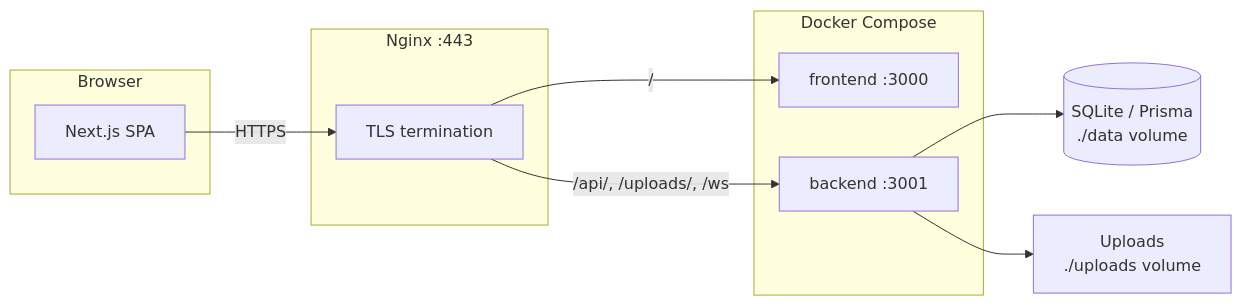
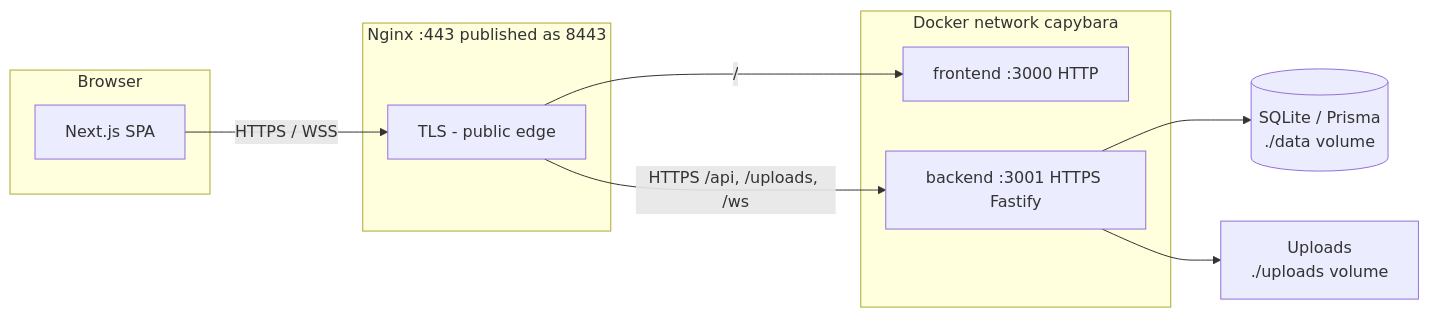
The diagram in README.md (qtayyy/42-ft_transcendence), drawn with Mermaid before and after one commit. The commit also changed other lines of this file and 9 other files, not shown here.

Commit message:
Add HTTPS on Fastify and proxy TLS through Nginx

````diff
--- a/README.md
+++ b/README.md
@@ -18,21 +27,21 @@
 ```mermaid
 flowchart LR
   subgraph client [Browser]
     SPA[Next.js SPA]
   end
-  subgraph edge [Nginx :443]
-    TLS[TLS termination]
+  subgraph edge [Nginx :443 published as 8443]
+    TLS1[TLS - public edge]
   end
-  subgraph compose [Docker Compose]
-    FE[frontend :3000]
-    BE[backend :3001]
+  subgraph compose [Docker network capybara]
+    FE[frontend :3000 HTTP]
+    BE[backend :3001 HTTPS Fastify]
   end
   DB[(SQLite / Prisma\n./data volume)]
   FS[Uploads\n./uploads volume]
 
-  SPA -->|HTTPS| TLS
-  TLS -->|"/"| FE
-  TLS -->|/api/, /uploads/, /ws| BE
+  SPA -->|"HTTPS / WSS"| TLS1
+  TLS1 -->|"/"| FE
+  TLS1 -->|"HTTPS /api, /uploads, /ws"| BE
   BE --> DB
   BE --> FS
 ```
````
